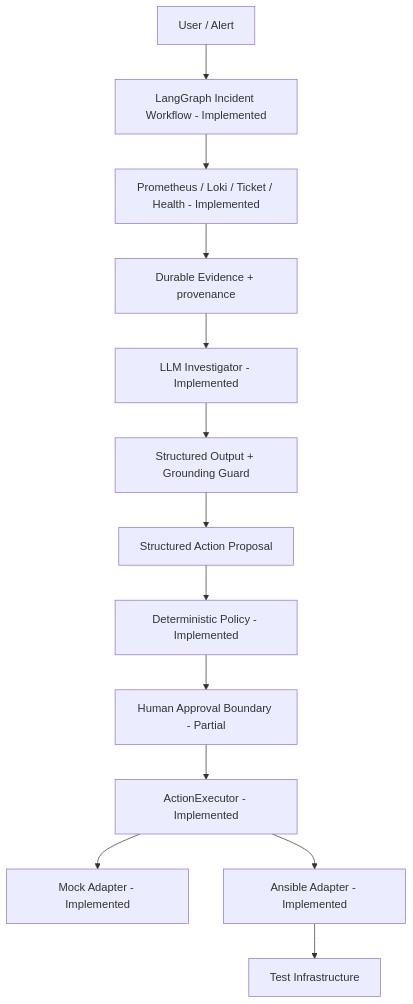
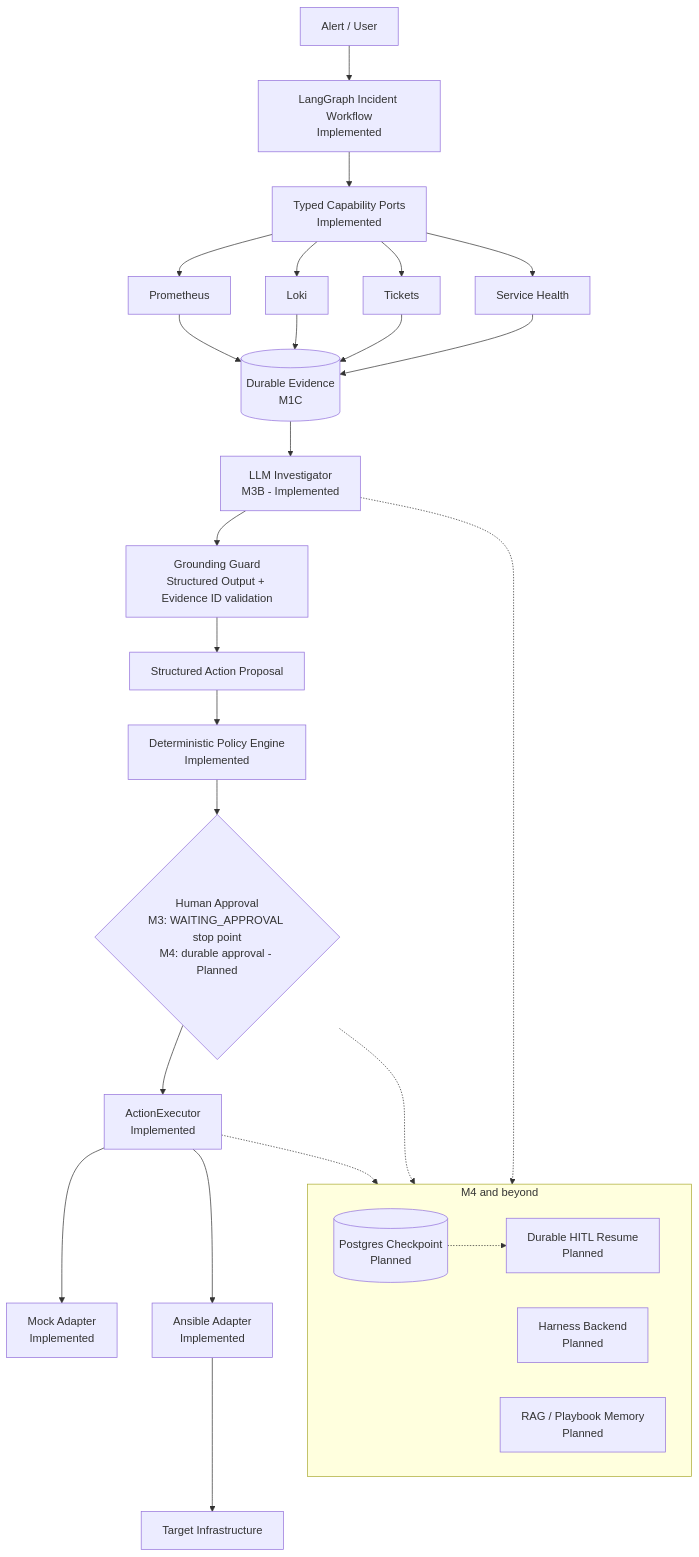
Before and after one commit to soren-max/OpsPilot: the diagram in README.md, drawn with Mermaid. The commit also changed other lines of this file and 1 other file, not shown here.

````diff
--- a/README.md
+++ b/README.md
@@ -27,15 +41,33 @@
 ```mermaid
 flowchart TD
-  User[User / Alert] --> Workflow[LangGraph Incident Workflow - Implemented]
-  Workflow --> Capabilities[Prometheus / Loki / Ticket / Health - Implemented]
-  Capabilities --> Evidence[Durable Evidence + provenance]
-  Evidence --> Investigator[LLM Investigator - Implemented]
-  Investigator --> Guard[Structured Output + Grounding Guard]
+  Alert[Alert / User] --> Workflow[LangGraph Incident Workflow<br/>Implemented]
+  Workflow --> Caps[Typed Capability Ports<br/>Implemented]
+  Caps --> Prom[Prometheus]
+  Caps --> Loki[Loki]
+  Caps --> Tick[Tickets]
+  Caps --> Health[Service Health]
+  Prom --> Evidence[(Durable Evidence<br/>M1C)]
+  Loki --> Evidence
+  Tick --> Evidence
+  Health --> Evidence
+  Evidence --> Investigator[LLM Investigator<br/>M3B - Implemented]
+  Investigator --> Guard[Grounding Guard<br/>Structured Output + Evidence ID validation]
   Guard --> Action[Structured Action Proposal]
-  Action --> Policy[Deterministic Policy - Implemented]
-  Policy --> Approval[Human Approval Boundary - Partial]
-  Approval --> Executor[ActionExecutor - Implemented]
-  Executor --> Mock[Mock Adapter - Implemented]
-  Executor --> Ansible[Ansible Adapter - Implemented]
-  Ansible --> Infrastructure[Test Infrastructure]
+  Action --> Policy[Deterministic Policy Engine<br/>Implemented]
+  Policy --> Approval{Human Approval<br/>M3: WAITING_APPROVAL stop point<br/>M4: durable approval - Planned}
+  Approval --> Executor[ActionExecutor<br/>Implemented]
+  Executor --> Mock[Mock Adapter<br/>Implemented]
+  Executor --> Ansible[Ansible Adapter<br/>Implemented]
+  Ansible --> Infra[Target Infrastructure]
+  subgraph Planned[M4 and beyond]
+    direction LR
+    Postgres[(Postgres Checkpoint<br/>Planned)]
+    HITL[Durable HITL Resume<br/>Planned]
+    Harness[Harness Backend<br/>Planned]
+    RAG[RAG / Playbook Memory<br/>Planned]
+  end
+  Approval -.-> Postgres
+  Postgres -.-> HITL
+  Executor -.-> Harness
+  Investigator -.-> RAG
 ```
````
